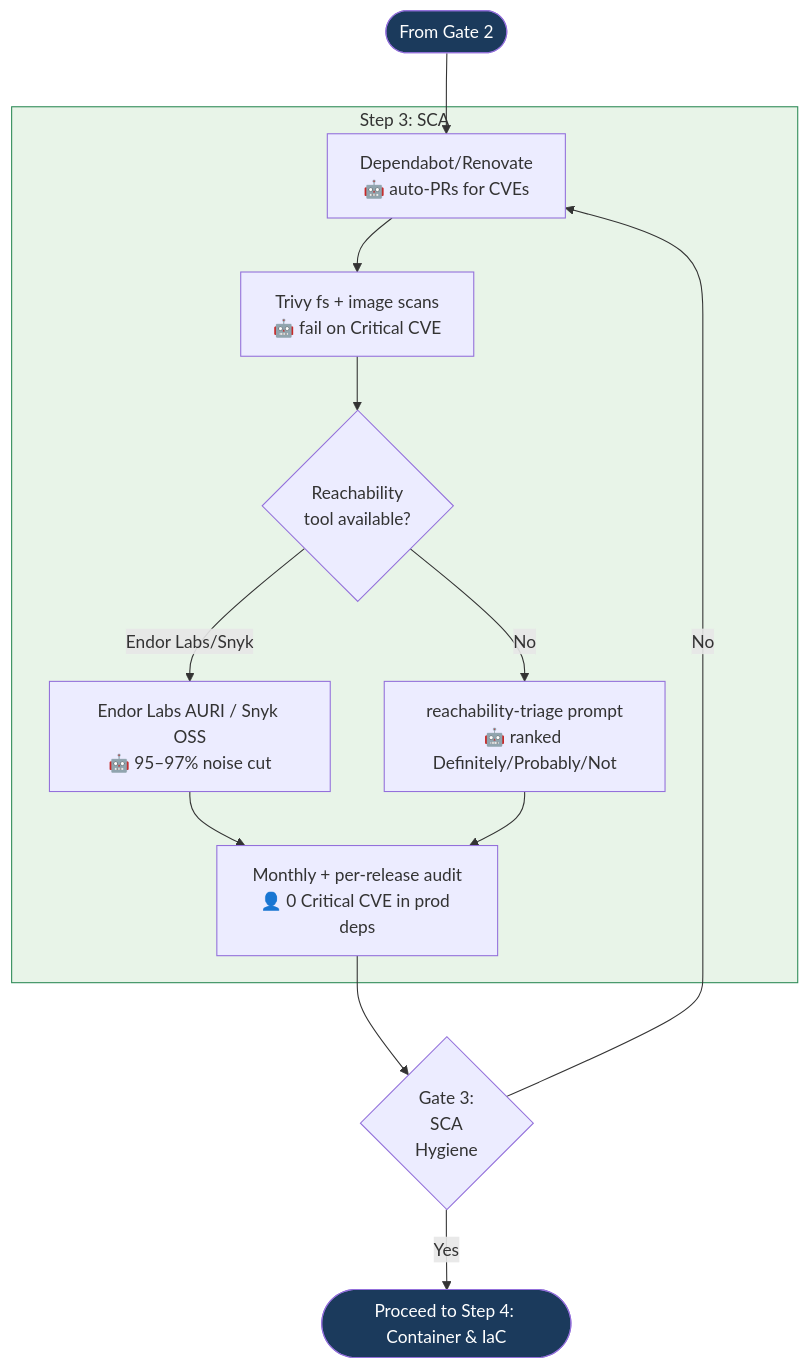
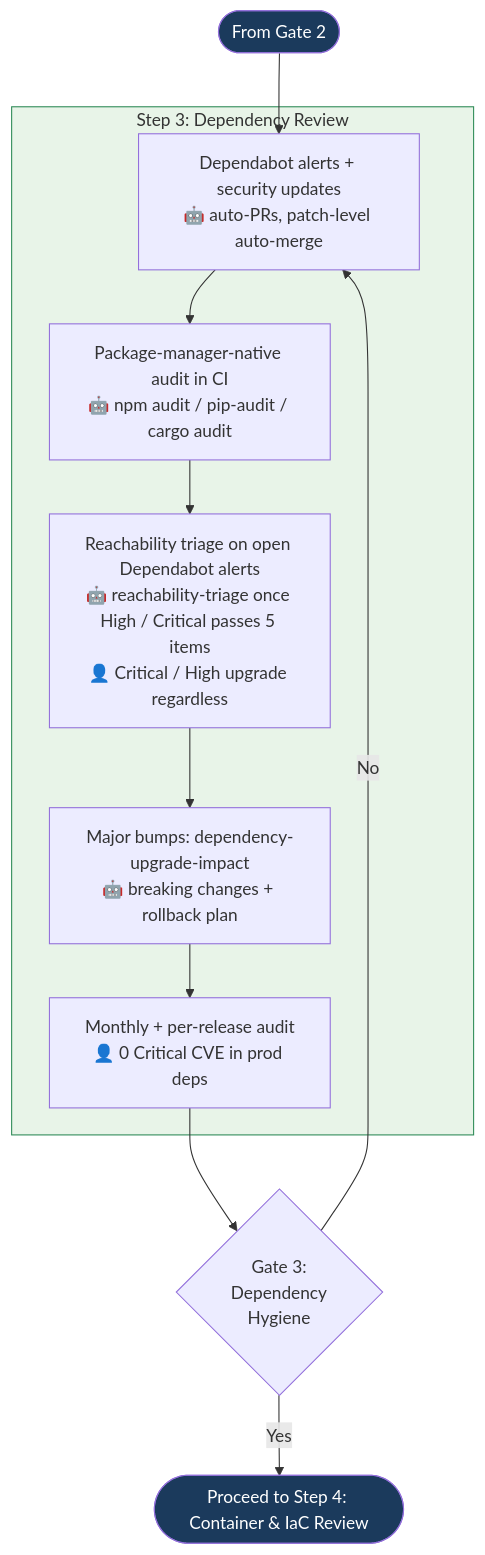
The fifth of 9 diagrams in aidlc-phases/05-security/FLOWCHART.md (kalpat-allion/ai-dlc), drawn with Mermaid before and after one commit. The commit also changed other lines of this file and 39 other files, not shown here.

````diff
--- a/aidlc-phases/05-security/FLOWCHART.md
+++ b/aidlc-phases/05-security/FLOWCHART.md
@@ -192,23 +185,20 @@
 ```mermaid
 flowchart TD
-    ENTRY([From Gate 2]) --> SCA
+    ENTRY([From Gate 2]) --> DEPS
 
-    subgraph SCA_STEP["Step 3: SCA"]
-        SCA[Dependabot/Renovate<br/>🤖 auto-PRs for CVEs] --> TRIVY_DEP
-        TRIVY_DEP[Trivy fs + image scans<br/>🤖 fail on Critical CVE] --> REACH
-        REACH{Reachability<br/>tool available?}
-        REACH -- "Endor Labs/Snyk" --> ENDOR[Endor Labs AURI / Snyk OSS<br/>🤖 95–97% noise cut]
-        REACH -- No --> CLAUDE_REACH[reachability-triage prompt<br/>🤖 ranked Definitely/Probably/Not]
-        ENDOR --> DEP_AUDIT
-        CLAUDE_REACH --> DEP_AUDIT
+    subgraph DEP_STEP["Step 3: Dependency Review"]
+        DEPS[Dependabot alerts + security updates<br/>🤖 auto-PRs, patch-level auto-merge] --> NATIVE_AUDIT
+        NATIVE_AUDIT[Package-manager-native audit in CI<br/>🤖 npm audit / pip-audit / cargo audit] --> REACH
+        REACH["Reachability triage on open Dependabot alerts<br/>🤖 reachability-triage once High / Critical passes 5 items<br/>👤 Critical / High upgrade regardless"] --> UPGRADE
+        UPGRADE[Major bumps: dependency-upgrade-impact<br/>🤖 breaking changes + rollback plan] --> DEP_AUDIT
         DEP_AUDIT[Monthly + per-release audit<br/>👤 0 Critical CVE in prod deps]
     end
 
-    DEP_AUDIT --> GATE3{Gate 3:<br/>SCA<br/>Hygiene}
-    GATE3 -- No --> SCA
-    GATE3 -- Yes --> NEXT([Proceed to Step 4: Container & IaC])
+    DEP_AUDIT --> GATE3{Gate 3:<br/>Dependency<br/>Hygiene}
+    GATE3 -- No --> DEPS
+    GATE3 -- Yes --> NEXT([Proceed to Step 4: Container & IaC Review])
 
     style ENTRY fill:#1B3A5C,color:#fff
     style NEXT fill:#1B3A5C,color:#fff
-    style SCA_STEP fill:#e8f4e8,stroke:#2E8B57
+    style DEP_STEP fill:#e8f4e8,stroke:#2E8B57
 ```
````
